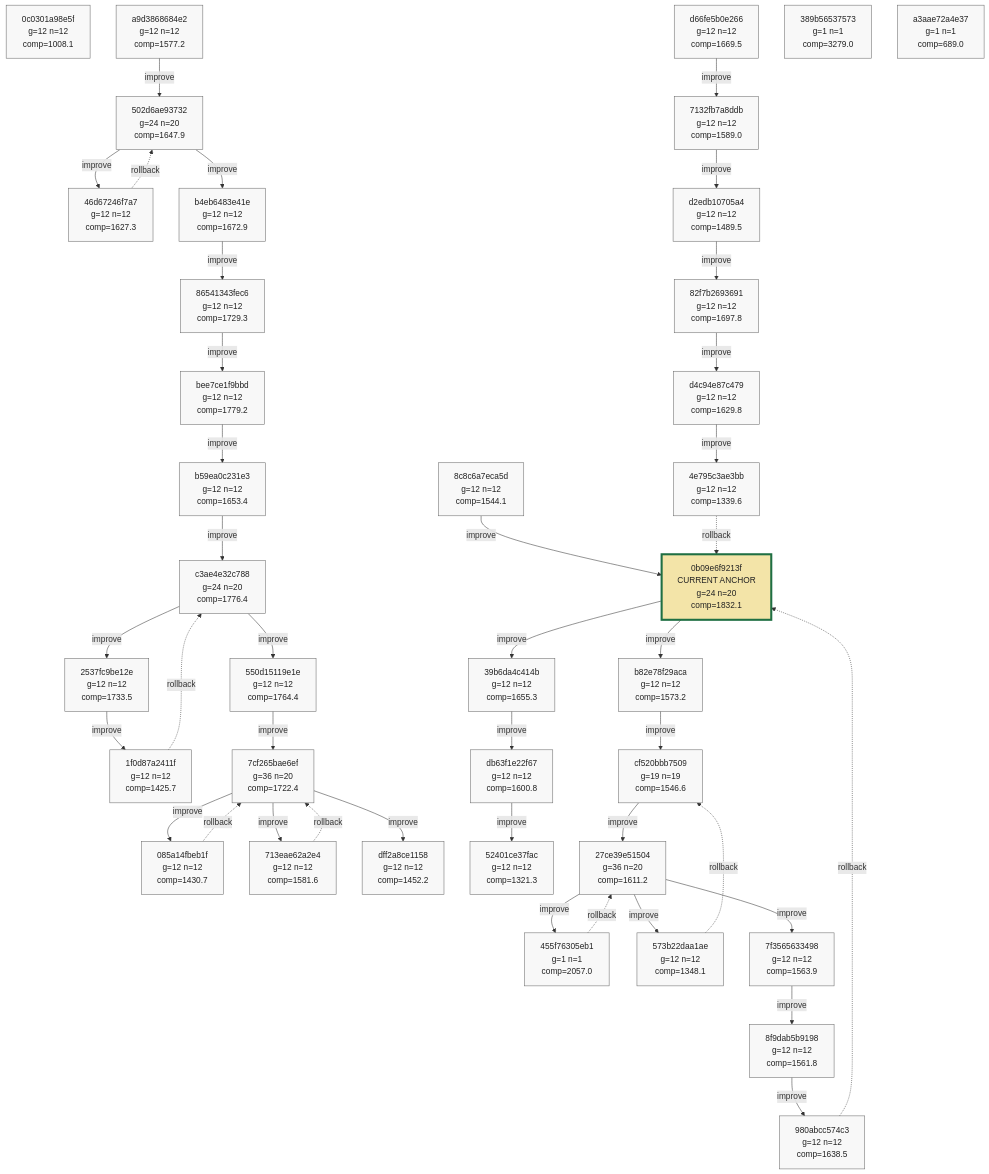
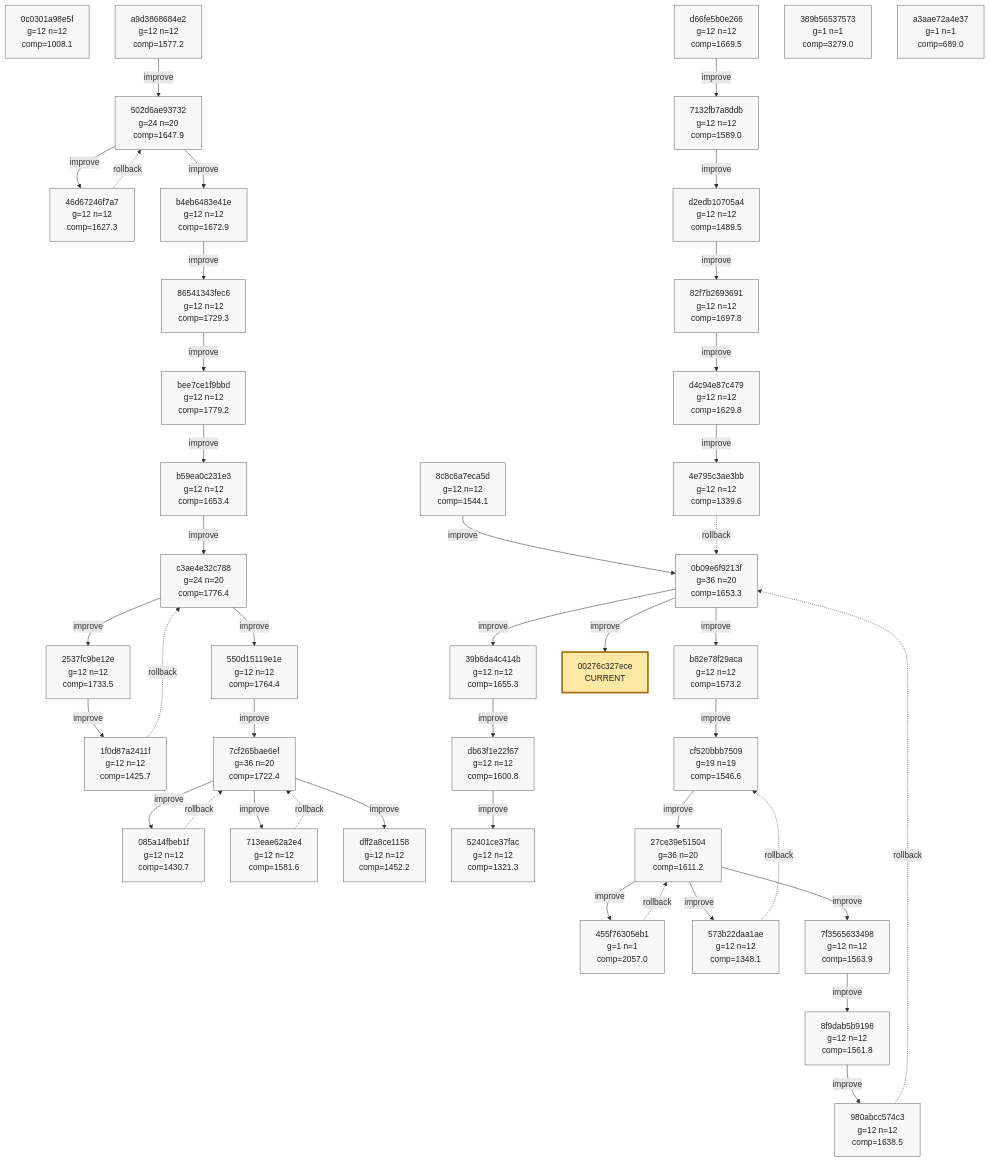
One commit to azumag/soviet_now changed the tenth of 10 diagrams in phyrogenetic-tree.md. Above: the diagram before and after it, drawn with Mermaid. The commit also changed other lines of this file and 2 other files, not shown here.

Commit message:
eloop Improve after 12 games (scores: 2640 911 1565 1512 2145 1803 1791 1986 1727 3120 1404 1342)

````diff
--- a/phyrogenetic-tree.md
+++ b/phyrogenetic-tree.md
@@ -2553,7 +2547,7 @@
     h_713eae62a2e4["713eae62a2e4<br/>g=12 n=12<br/>comp=1581.6"]
     h_dff2a8ce1158["dff2a8ce1158<br/>g=12 n=12<br/>comp=1452.2"]
     h_8c8c6a7eca5d["8c8c6a7eca5d<br/>g=12 n=12<br/>comp=1544.1"]
-    h_0b09e6f9213f["0b09e6f9213f<br/>CURRENT ANCHOR<br/>g=24 n=20<br/>comp=1832.1"]
+    h_0b09e6f9213f["0b09e6f9213f<br/>g=36 n=20<br/>comp=1653.3"]
     h_39b6da4c414b["39b6da4c414b<br/>g=12 n=12<br/>comp=1655.3"]
     h_db63f1e22f67["db63f1e22f67<br/>g=12 n=12<br/>comp=1600.8"]
     h_52401ce37fac["52401ce37fac<br/>g=12 n=12<br/>comp=1321.3"]
@@ -2573,6 +2567,7 @@
     h_980abcc574c3["980abcc574c3<br/>g=12 n=12<br/>comp=1638.5"]
     h_389b56537573["389b56537573<br/>g=1 n=1<br/>comp=3279.0"]
     h_a3aae72a4e37["a3aae72a4e37<br/>g=1 n=1<br/>comp=689.0"]
+    h_00276c327ece["00276c327ece<br/>CURRENT"]
 
     h_a9d3868684e2 -->|improve| h_502d6ae93732
     h_502d6ae93732 -->|improve| h_46d67246f7a7
@@ -2613,6 +2608,7 @@
     h_7f3565633498 -->|improve| h_8f9dab5b9198
     h_8f9dab5b9198 -->|improve| h_980abcc574c3
     h_980abcc574c3 -. rollback .-> h_0b09e6f9213f
+    h_0b09e6f9213f -->|improve| h_00276c327ece
 
     classDef plain fill:#f8f8f8,stroke:#666,stroke-width:1px,color:#222;
     classDef current fill:#ffe8a3,stroke:#9a6700,stroke-width:3px,color:#222;
@@ -2636,7 +2632,7 @@
     class h_713eae62a2e4 plain;
     class h_dff2a8ce1158 plain;
     class h_8c8c6a7eca5d plain;
-    class h_0b09e6f9213f current_anchor;
+    class h_0b09e6f9213f plain;
     class h_39b6da4c414b plain;
     class h_db63f1e22f67 plain;
     class h_52401ce37fac plain;
@@ -2656,4 +2652,5 @@
     class h_980abcc574c3 plain;
     class h_389b56537573 plain;
     class h_a3aae72a4e37 plain;
+    class h_00276c327ece current;
 ```
````
